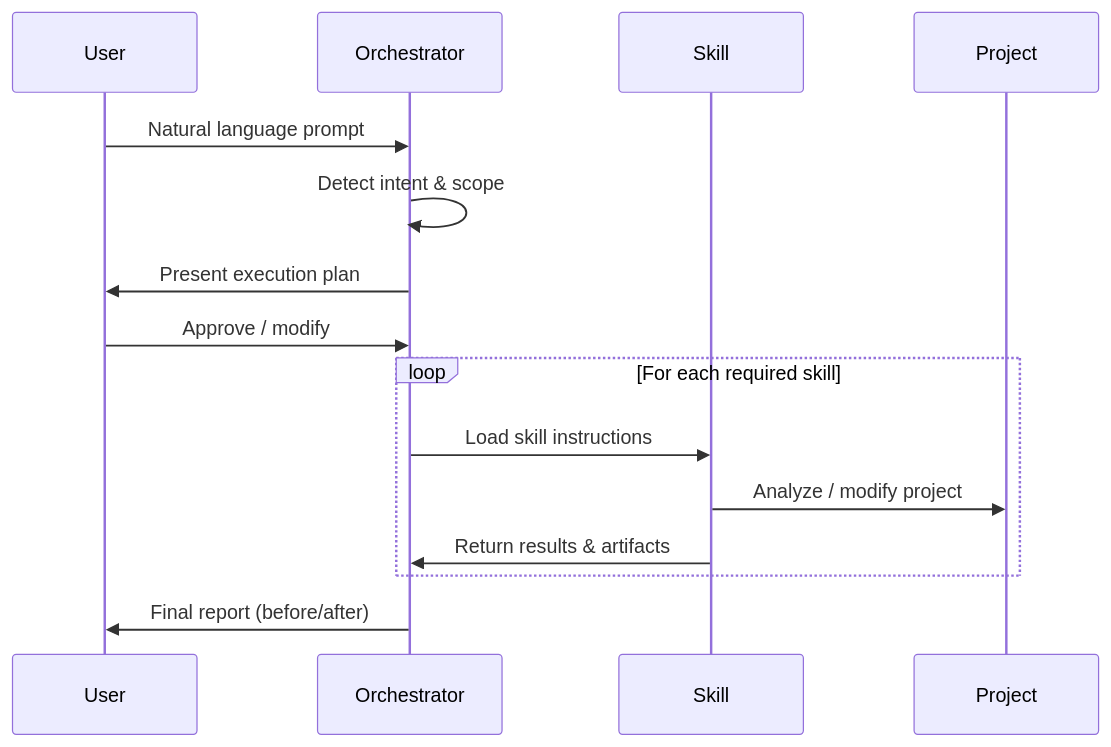
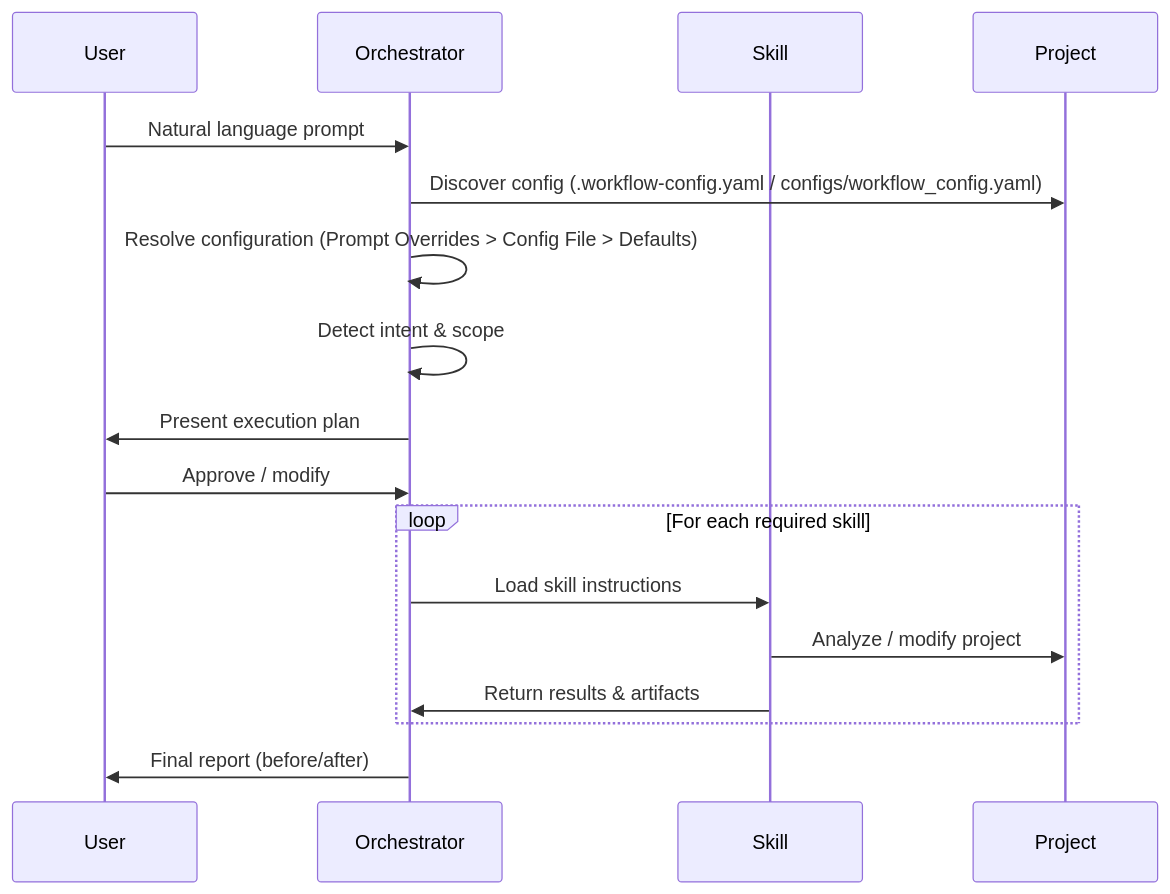
The second of 3 diagrams in docs/how-it-works.md (Ilia-Habibi/ai-smart-workflow), drawn with Mermaid before and after one commit. The commit also changed 2 other files, not shown here.

Commit message:
clarify configuration loading and prompt override protocol

````diff
--- a/docs/how-it-works.md
+++ b/docs/how-it-works.md
@@ -53,20 +53,22 @@
 ```mermaid
 sequenceDiagram
     participant U as User
     participant O as Orchestrator
     participant S as Skill
     participant P as Project
     
     U->>O: Natural language prompt
+    O->>P: Discover config (.workflow-config.yaml / configs/workflow_config.yaml)
+    O->>O: Resolve configuration (Prompt Overrides > Config File > Defaults)
     O->>O: Detect intent & scope
     O->>U: Present execution plan
     U->>O: Approve / modify
     
     loop For each required skill
         O->>S: Load skill instructions
         S->>P: Analyze / modify project
         S->>O: Return results & artifacts
     end
     
     O->>U: Final report (before/after)
 ```
````
